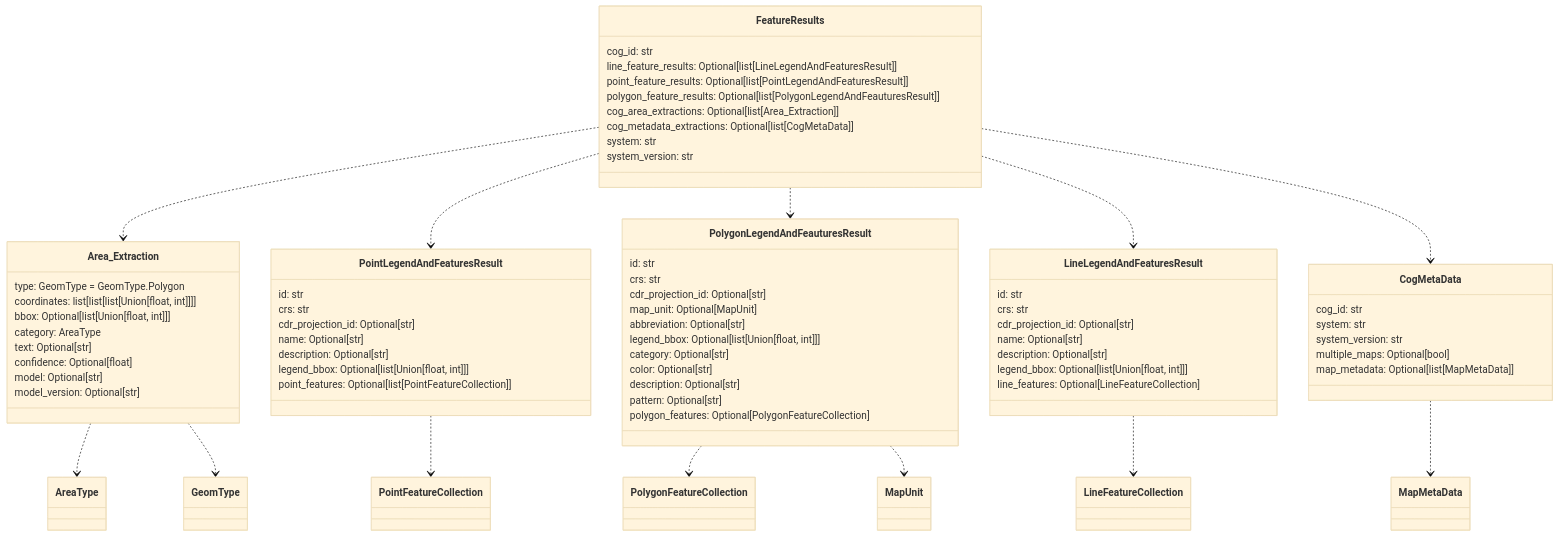
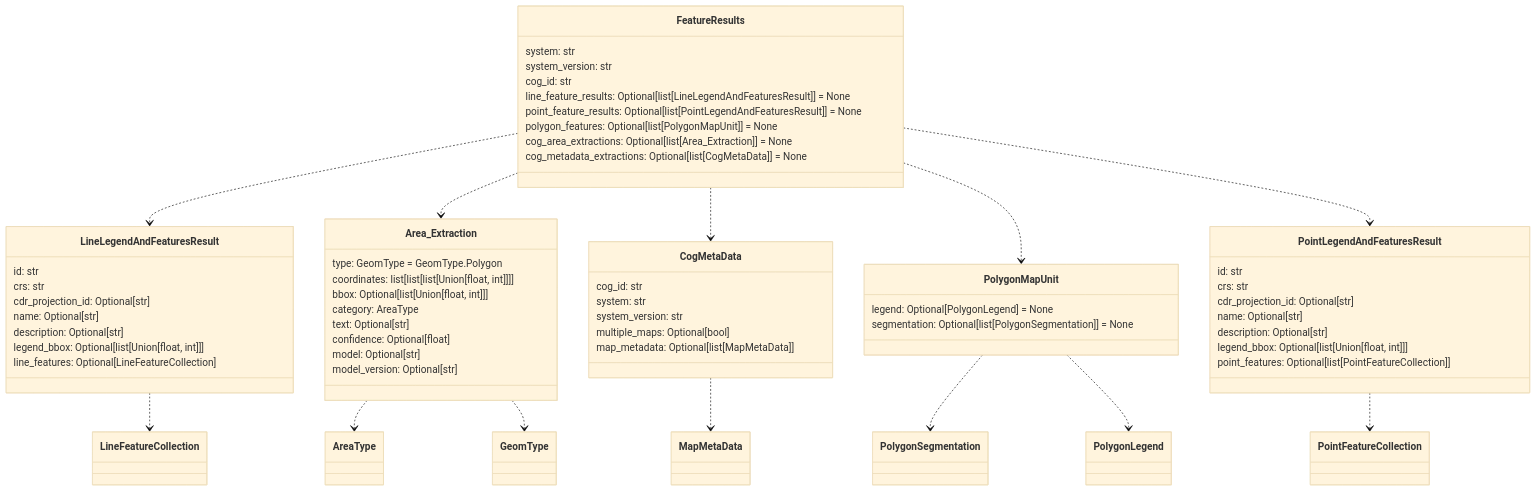
The fourth of 12 diagrams in README.md (DARPA-CRITICALMAAS/cdr_schemas), drawn with Mermaid (base theme) before and after one commit. The commit also changed other lines of this file and 3 other files, not shown here.

````diff
--- a/README.md
+++ b/README.md
@@ -251,82 +251,73 @@
 ```mermaid
 classDiagram
+
+    class LineLegendAndFeaturesResult {
+        id: str
+        crs: str
+        cdr_projection_id: Optional[str]
+        name: Optional[str]
+        description: Optional[str]
+        legend_bbox: Optional[list[Union[float, int]]]
+        line_features: Optional[LineFeatureCollection]
+    }
 
     class Area_Extraction {
         type: GeomType = GeomType.Polygon
         coordinates: list[list[list[Union[float, int]]]]
         bbox: Optional[list[Union[float, int]]]
         category: AreaType
         text: Optional[str]
         confidence: Optional[float]
         model: Optional[str]
         model_version: Optional[str]
     }
 
+    class CogMetaData {
+        cog_id: str
+        system: str
+        system_version: str
+        multiple_maps: Optional[bool]
+        map_metadata: Optional[list[MapMetaData]]
+    }
+
+    class PolygonMapUnit {
+        legend: Optional[PolygonLegend] = None
+        segmentation: Optional[list[PolygonSegmentation]] = None
+    }
+
     class PointLegendAndFeaturesResult {
         id: str
         crs: str
         cdr_projection_id: Optional[str]
         name: Optional[str]
         description: Optional[str]
         legend_bbox: Optional[list[Union[float, int]]]
         point_features: Optional[list[PointFeatureCollection]]
     }
 
-    class PolygonLegendAndFeauturesResult {
-        id: str
-        crs: str
-        cdr_projection_id: Optional[str]
-        map_unit: Optional[MapUnit]
-        abbreviation: Optional[str]
-        legend_bbox: Optional[list[Union[float, int]]]
-        category: Optional[str]
-        color: Optional[str]
-        description: Optional[str]
-        pattern: Optional[str]
-        polygon_features: Optional[PolygonFeatureCollection]
-    }
-
-    class LineLegendAndFeaturesResult {
-        id: str
-        crs: str
-        cdr_projection_id: Optional[str]
-        name: Optional[str]
-        description: Optional[str]
-        legend_bbox: Optional[list[Union[float, int]]]
-        line_features: Optional[LineFeatureCollection]
-    }
-
     class FeatureResults {
-        cog_id: str
-        line_feature_results: Optional[list[LineLegendAndFeaturesResult]]
-        point_feature_results: Optional[list[PointLegendAndFeaturesResult]]
-        polygon_feature_results: Optional[list[PolygonLegendAndFeauturesResult]]
-        cog_area_extractions: Optional[list[Area_Extraction]]
-        cog_metadata_extractions: Optional[list[CogMetaData]]
         system: str
         system_version: str
-    }
-
-    class CogMetaData {
         cog_id: str
-        system: str
-        system_version: str
-        multiple_maps: Optional[bool]
-        map_metadata: Optional[list[MapMetaData]]
+        line_feature_results: Optional[list[LineLegendAndFeaturesResult]] = None
+        point_feature_results: Optional[list[PointLegendAndFeaturesResult]] = None
+        polygon_features: Optional[list[PolygonMapUnit]] = None
+        cog_area_extractions: Optional[list[Area_Extraction]] = None
+        cog_metadata_extractions: Optional[list[CogMetaData]] = None
     }
 
     Area_Extraction ..> AreaType
     Area_Extraction ..> GeomType
     LineLegendAndFeaturesResult ..> LineFeatureCollection
     PointLegendAndFeaturesResult ..> PointFeatureCollection
-    PolygonLegendAndFeauturesResult ..> PolygonFeatureCollection
-    PolygonLegendAndFeauturesResult ..> MapUnit
+    PolygonMapUnit ..> PolygonSegmentation
+    PolygonMapUnit ..> PolygonLegend
     CogMetaData ..> MapMetaData
+    FeatureResults ..> LineLegendAndFeaturesResult
     FeatureResults ..> Area_Extraction
+    FeatureResults ..> CogMetaData
+    FeatureResults ..> PolygonMapUnit
     FeatureResults ..> PointLegendAndFeaturesResult
-    FeatureResults ..> PolygonLegendAndFeauturesResult
-    FeatureResults ..> LineLegendAndFeaturesResult
-    FeatureResults ..> CogMetaData
 
 
 ```
````
